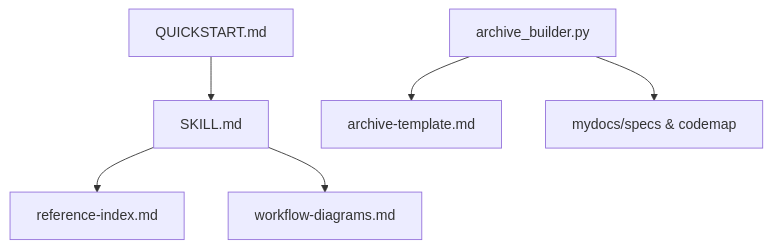
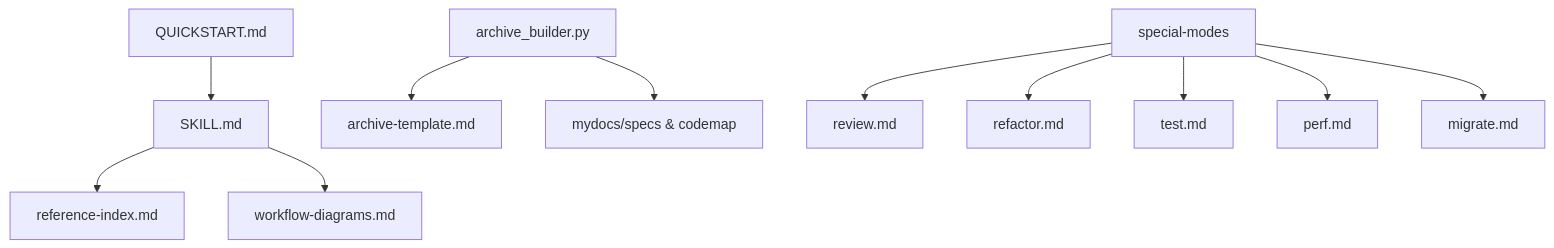
One commit to AngelWings1997/altas changed the sixth of 6 diagrams in .qoder/repowiki/zh/content/参考资料索引.md. Above: the diagram before and after it, drawn with Mermaid. The commit also changed other lines of this file and 12 other files, not shown here.

````diff
--- a/.qoder/repowiki/zh/content/参考资料索引.md
+++ b/.qoder/repowiki/zh/content/参考资料索引.md
@@ -245,8 +287,13 @@
 ```mermaid
 graph TB
 S["SKILL.md"] --> R["reference-index.md"]
 S --> W["workflow-diagrams.md"]
 Q["QUICKSTART.md"] --> S
 AB["archive_builder.py"] --> AT["archive-template.md"]
 AB --> M["mydocs/specs & codemap"]
+SM["special-modes"] --> SMR["review.md"]
+SM --> SMF["refactor.md"]
+SM --> SMT["test.md"]
+SM --> SMP["perf.md"]
+SM --> SMM["migrate.md"]
 ```
````
